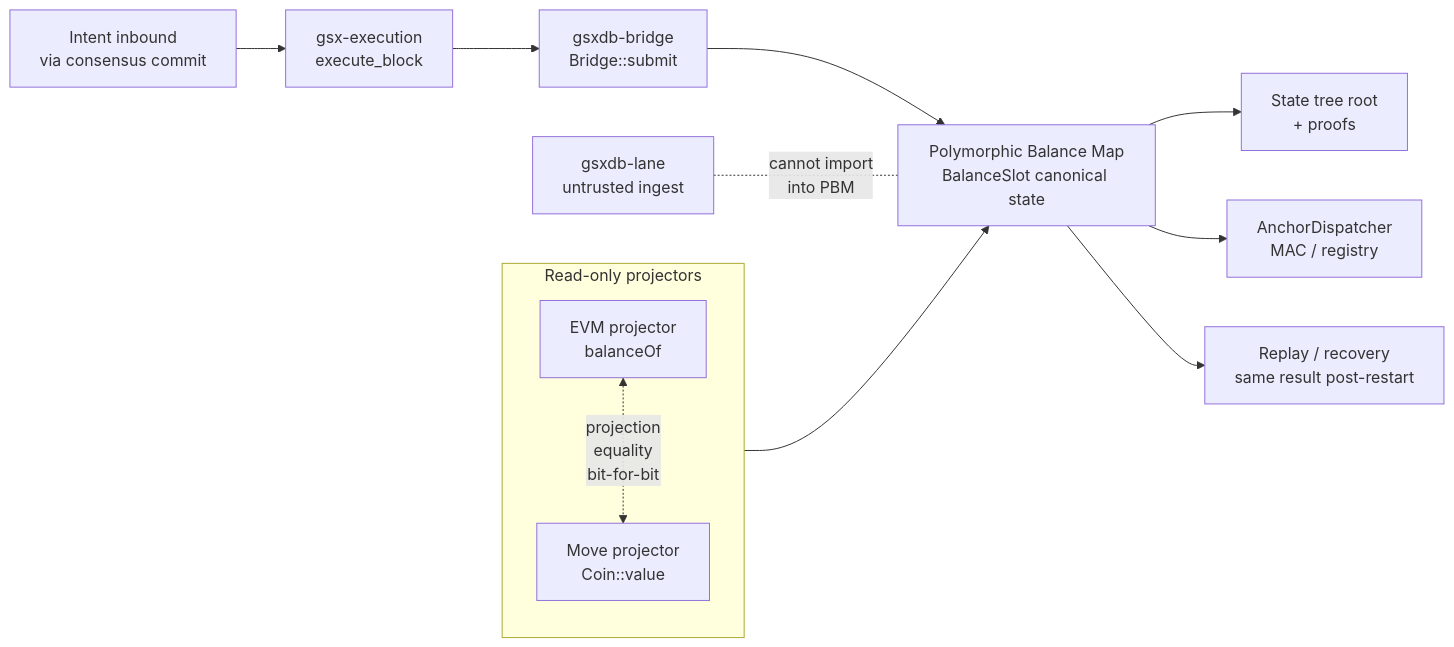
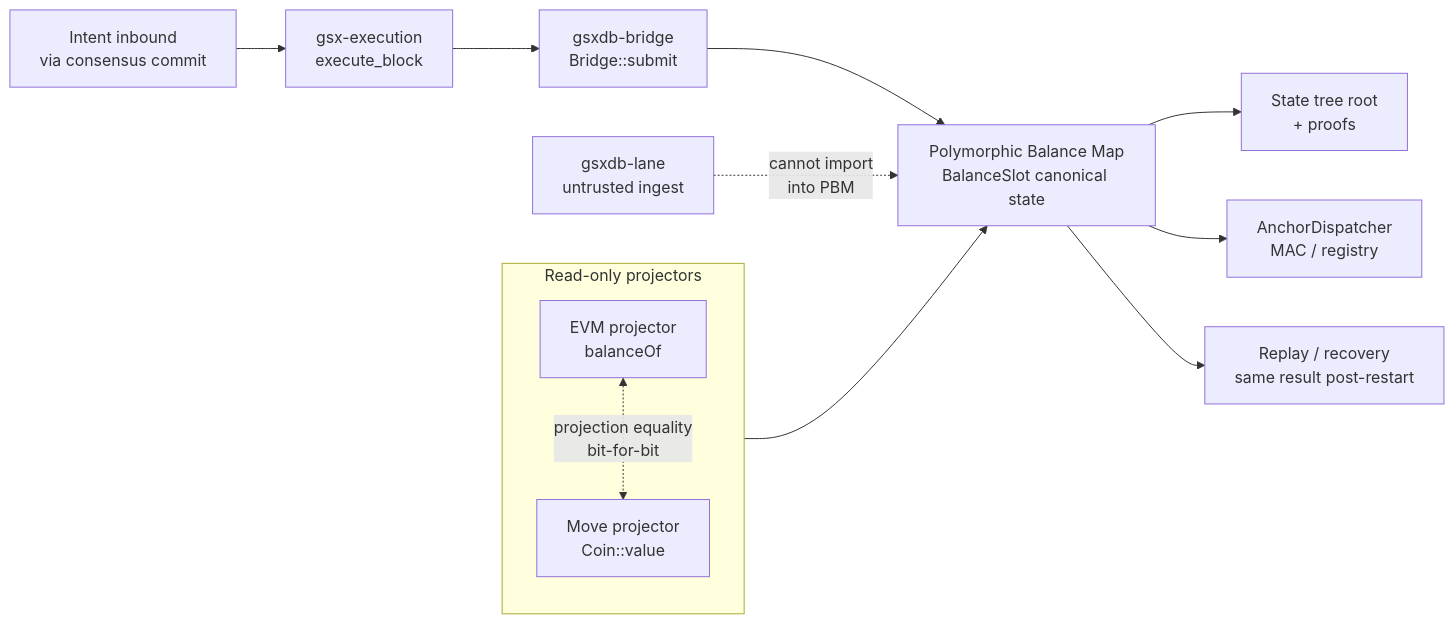
One commit to Suwappu-Labs/suwappu-dag changed the diagram in docs/visuals/mermaid/dual-vm.md. Above: the diagram before and after it, drawn with Mermaid. The commit also changed 16 other files, not shown here.

````diff
--- a/docs/visuals/mermaid/dual-vm.md
+++ b/docs/visuals/mermaid/dual-vm.md
@@ -8,16 +8,16 @@
 ```mermaid
 flowchart LR
-    Intent[Intent inbound<br/>via consensus commit] --> Exec[gsx-execution<br/>execute_block]
-    Exec --> Bridge[gsxdb-bridge<br/>Bridge::submit]
-    Bridge --> PBM[Polymorphic Balance Map<br/>BalanceSlot canonical state]
-    PBM --> Tree[State tree root<br/>+ proofs]
-    PBM --> Anchor[AnchorDispatcher<br/>MAC / registry]
-    PBM --> Replay[Replay / recovery<br/>same result post-restart]
-    Lane[gsxdb-lane<br/>untrusted ingest] -. cannot import<br/>into PBM .- PBM
-    subgraph Projectors[Read-only projectors]
-      EVM[EVM projector<br/>balanceOf]
-      Move[Move projector<br/>Coin::value]
+    Intent["Intent inbound<br/>via consensus commit"] --> Exec["gsx-execution<br/>execute_block"]
+    Exec --> Bridge["gsxdb-bridge<br/>Bridge::submit"]
+    Bridge --> PBM["Polymorphic Balance Map<br/>BalanceSlot canonical state"]
+    PBM --> Tree["State tree root<br/>+ proofs"]
+    PBM --> Anchor["AnchorDispatcher<br/>MAC / registry"]
+    PBM --> Replay["Replay / recovery<br/>same result post-restart"]
+    Lane["gsxdb-lane<br/>untrusted ingest"] -.->|"cannot import<br/>into PBM"| PBM
+    subgraph Projectors ["Read-only projectors"]
+      EVM["EVM projector<br/>balanceOf"]
+      Move["Move projector<br/>Coin::value"]
     end
     Projectors --> PBM
-    EVM <-.->|projection<br/>equality<br/>bit-for-bit| Move
+    EVM <-.->|"projection equality<br/>bit-for-bit"| Move
 ```
````
